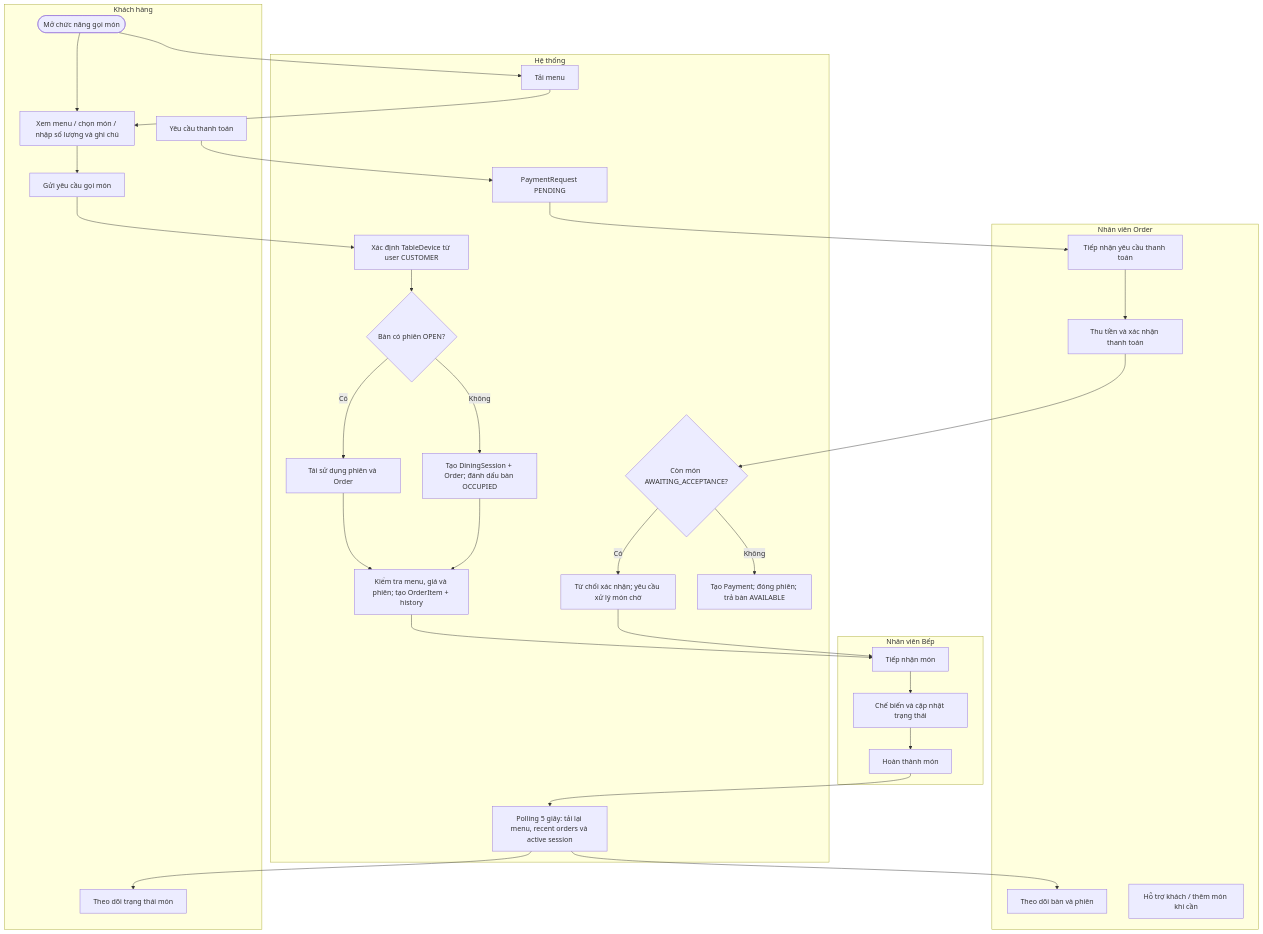
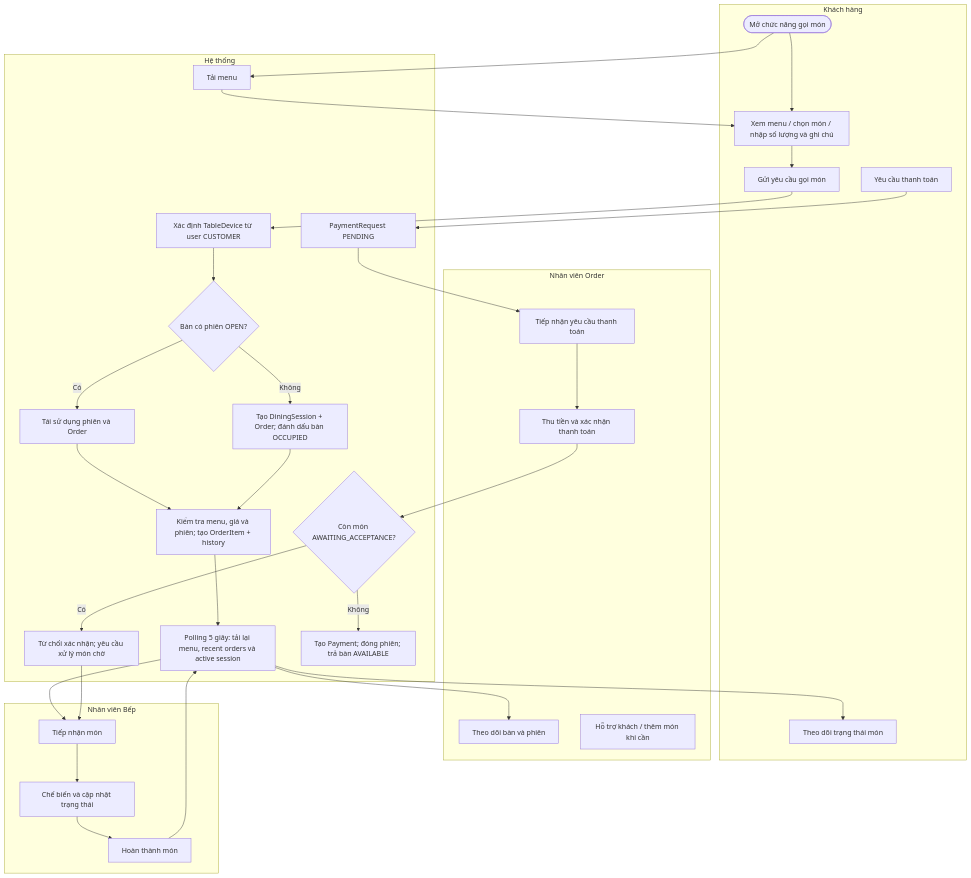
The diagram in docs/analysis/diagrams/activity-customer-order.mmd (NTMHuy/ResMan), drawn with Mermaid before and after one commit.

Commit message:
docs(diagrams): model continuous customer polling

```diff
--- a/docs/analysis/diagrams/activity-customer-order.mmd
+++ b/docs/analysis/diagrams/activity-customer-order.mmd
@@ -1,42 +1,43 @@
 flowchart TB
   subgraph C["Khách hàng"]
     C1([Mở chức năng gọi món]) --> C2["Xem menu / chọn món / nhập số lượng và ghi chú"]
     C2 --> C3["Gửi yêu cầu gọi món"]
     C4["Theo dõi trạng thái món"]
     C5["Yêu cầu thanh toán"]
   end
   subgraph O["Nhân viên Order"]
     O1["Theo dõi bàn và phiên"]
     O2["Hỗ trợ khách / thêm món khi cần"]
     O3["Tiếp nhận yêu cầu thanh toán"]
     O4["Thu tiền và xác nhận thanh toán"]
   end
   subgraph K["Nhân viên Bếp"]
     K1["Tiếp nhận món"]
     K2["Chế biến và cập nhật trạng thái"]
     K3["Hoàn thành món"]
   end
   subgraph S["Hệ thống"]
     S1["Tải menu"]
     S2["Xác định TableDevice từ user CUSTOMER"]
     S3{"Bàn có phiên OPEN?"}
     S4["Tái sử dụng phiên và Order"]
     S5["Tạo DiningSession + Order; đánh dấu bàn OCCUPIED"]
     S6["Kiểm tra menu, giá và phiên; tạo OrderItem + history"]
     S7["Polling 5 giây: tải lại menu, recent orders và active session"]
     S8["PaymentRequest PENDING"]
     S9{"Còn món AWAITING_ACCEPTANCE?"}
     S10["Từ chối xác nhận; yêu cầu xử lý món chờ"]
     S11["Tạo Payment; đóng phiên; trả bàn AVAILABLE"]
   end
   C1 --> S1 --> C2
   C3 --> S2 --> S3
   S3 -- Có --> S4
   S3 -- Không --> S5
   S4 --> S6
   S5 --> S6
-  S6 --> K1 --> K2 --> K3 --> S7 --> C4
+  S6 --> S7 --> C4
+  S7 --> K1 --> K2 --> K3 --> S7
   S7 --> O1
   C5 --> S8 --> O3 --> O4 --> S9
   S9 -- Có --> S10 --> K1
   S9 -- Không --> S11
```
